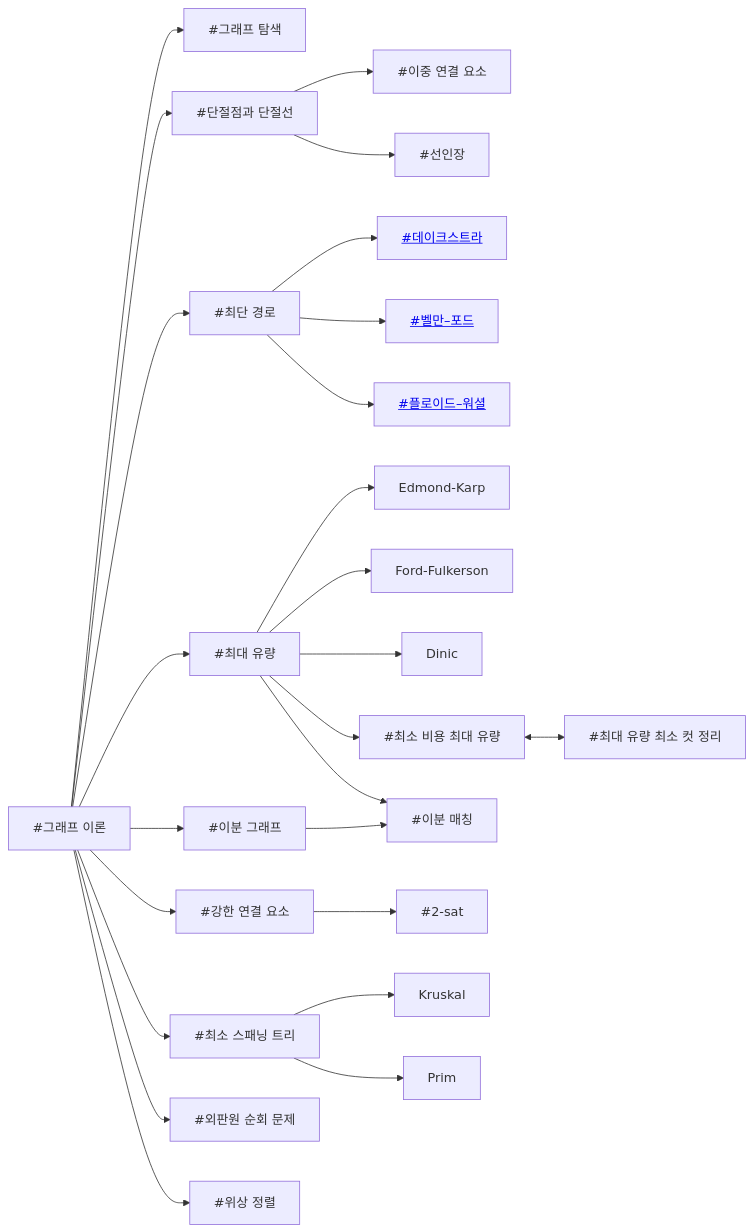
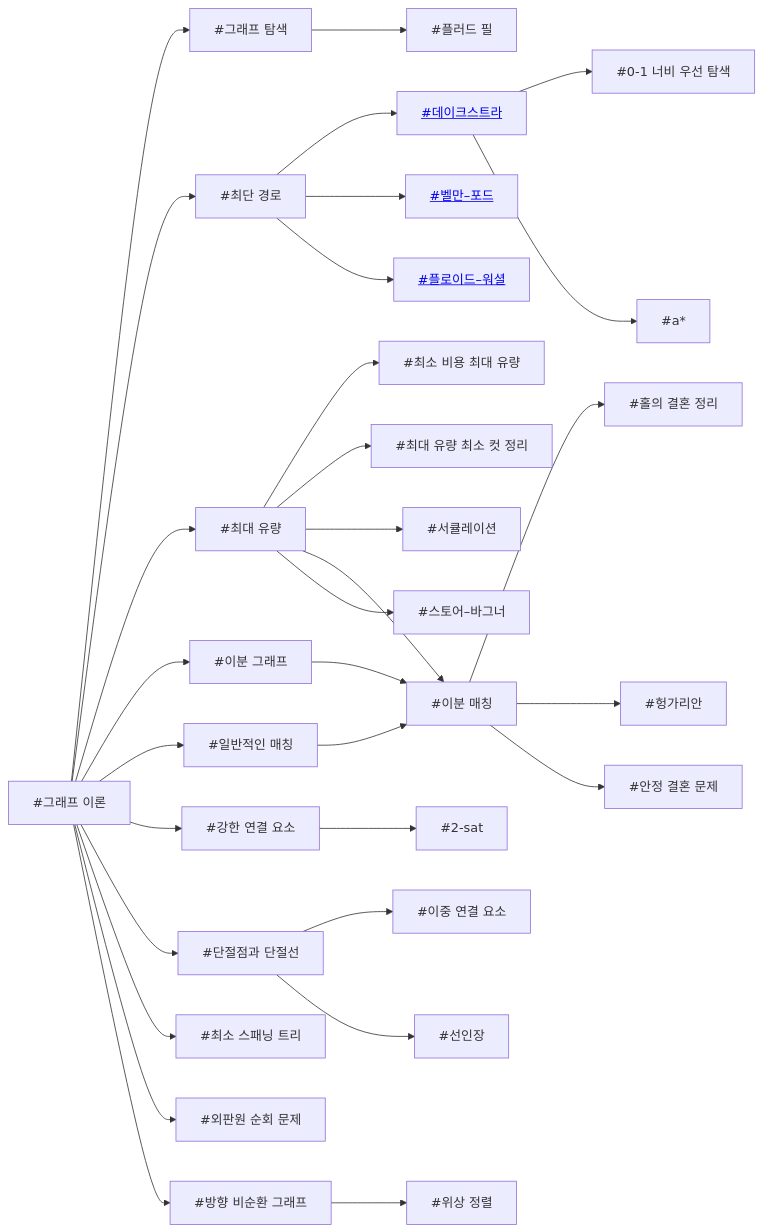
Before and after one commit to CHOYUNSIG/algorithm_with_boj: the fifth of 9 diagrams in index.md, drawn with Mermaid. The commit also changed other lines of this file and 2 other files, not shown here.

```diff
--- a/index.md
+++ b/index.md
@@ -191,48 +144,64 @@
 <pre class="mermaid">
     graph LR
 
     #graphs --> #graph_traversal
     #graphs --> #shortest_path
     #graphs --> #flow
     #graphs --> #bipartite_graph
+    #graphs --> #general_matching
     #graphs --> #scc
     #graphs --> #articulation
-    #articulation --> #biconnected_component
     #graphs --> #mst
     #graphs --> #tsp
-    #graphs --> #topological_sorting
+    #graphs --> #dag
+    #graph_traversal --> #flood_fill
+    #general_matching --> #bipartite_matching
+    #articulation --> #biconnected_component
     #articulation --> #cactus
     #shortest_path --> #dijkstra
     #shortest_path --> #bellman_ford
     #shortest_path --> #floyd_warshall
-    #flow --> Edmond-Karp
-    #flow --> Ford-Fulkerson
-    #flow --> Dinic
     #flow --> #mcmf
-    #mcmf <--> #mfmc
+    #flow --> #mfmc
+    #flow --> #circulation
     #flow --> #bipartite_matching
+    #flow --> #stoer_wagner
     #bipartite_graph --> #bipartite_matching
+    #bipartite_matching --> #hall
+    #bipartite_matching --> #hungarian
+    #bipartite_matching --> #stable_marriage
     #scc --> #2_sat
-    #mst --> Kruskal
-    #mst --> Prim
+    #dijkstra --> #0_1_bfs
+    #dijkstra --> #a_star
+    #dag --> #topological_sorting
 
+    #0_1_bfs[#0-1 너비 우선 탐색]
     #2_sat[#2-sat]
+    #a_star[#a*]
+    #scc[#강한 연결 요소]
+    #graphs[#그래프 이론]
+    #graph_traversal[#그래프 탐색]
     #articulation[#단절점과 단절선]
+    #dijkstra[<a href="post/2024/01/01/dijkstra.html">#데이크스트라</a>]
+    #dag[#방향 비순환 그래프]
     #bellman_ford[<a href="post/2024/01/07/bellman_ford.html">#벨만–포드</a>]
-    #biconnected_component[#이중 연결 요소]
+    #circulation[#서큘레이션]
+    #cactus[#선인장]
+    #stoer_wagner[#스토어–바그너]
+    #stable_marriage[#안정 결혼 문제]
+    #tsp[#외판원 순회 문제]
+    #topological_sorting[#위상 정렬]
     #bipartite_graph[#이분 그래프]
     #bipartite_matching[#이분 매칭]
-    #cactus[#선인장]
-    #dijkstra[<a href="post/2024/01/01/dijkstra.html">#데이크스트라</a>]
+    #biconnected_component[#이중 연결 요소]
+    #general_matching[#일반적인 매칭]
+    #shortest_path[#최단 경로]
     #flow[#최대 유량]
+    #mfmc[#최대 유량 최소 컷 정리]
+    #mcmf[#최소 비용 최대 유량]
+    #mst[#최소 스패닝 트리]
+    #flood_fill[#플러드 필]
     #floyd_warshall[<a href="post/2024/01/07/floyd_warshall.html">#플로이드–워셜</a>]
-    #graph_traversal[#그래프 탐색]
-    #graphs[#그래프 이론]
-    #mcmf[#최소 비용 최대 유량]
-    #mfmc[#최대 유량 최소 컷 정리]
-    #mst[#최소 스패닝 트리]
-    #scc[#강한 연결 요소]
-    #shortest_path[#최단 경로]
-    #topological_sorting[#위상 정렬]
-    #tsp[#외판원 순회 문제]
+    #hungarian[#헝가리안]
+    #hall[#홀의 결혼 정리]
 </pre>
```
